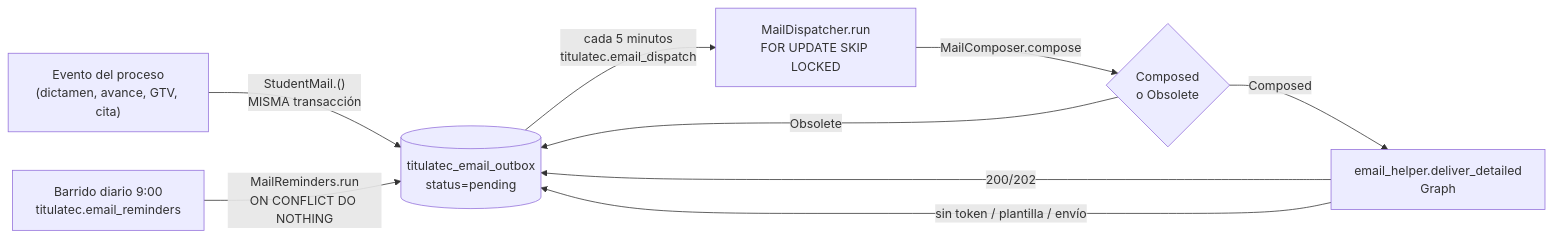
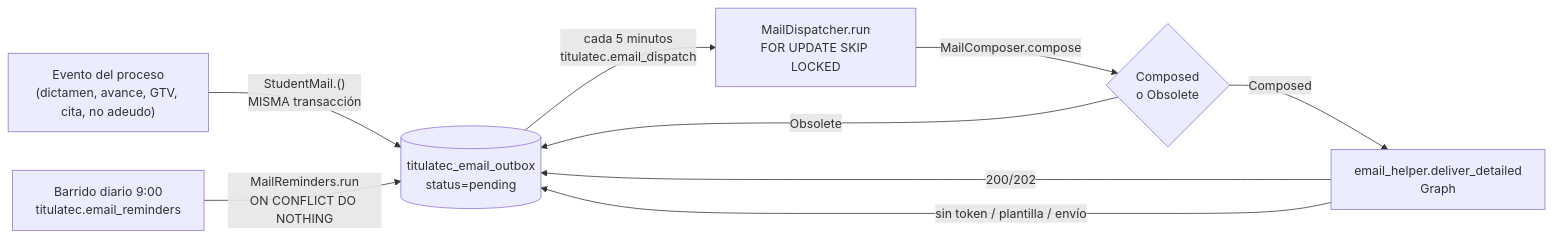
One commit to Erne1357/itcj changed the diagram in itcj2/apps/titulatec/docs/flows/xcut_student_email_notifications.md. Above: the diagram before and after it, drawn with Mermaid. The commit also changed other lines of this file and 11 other files, not shown here.

First line of the commit message:
docs(titulatec): flujos del no adeudo, constancias y previas

````diff
--- a/itcj2/apps/titulatec/docs/flows/xcut_student_email_notifications.md
+++ b/itcj2/apps/titulatec/docs/flows/xcut_student_email_notifications.md
@@ -25,11 +28,11 @@
 ```mermaid
 flowchart LR
-  E["Evento del proceso\n(dictamen, avance, GTV, cita)"] -->|"StudentMail.<evento>()\nMISMA transacción"| O[("titulatec_email_outbox\nstatus=pending")]
+  E["Evento del proceso\n(dictamen, avance, GTV, cita, no adeudo)"] -->|"StudentMail.<evento>()\nMISMA transacción"| O[("titulatec_email_outbox\nstatus=pending")]
   R["Barrido diario 9:00\ntitulatec.email_reminders"] -->|"MailReminders.run\nON CONFLICT DO NOTHING"| O
   O -->|"cada 5 minutos\ntitulatec.email_dispatch"| D["MailDispatcher.run\nFOR UPDATE SKIP LOCKED"]
   D -->|"MailComposer.compose"| C{"Composed\no Obsolete"}
   C -->|Composed| G["email_helper.deliver_detailed\nGraph"]
   C -->|Obsolete| O
   G -->|"200/202"| O
   G -->|"sin token / plantilla / envío"| O
 ```
````
